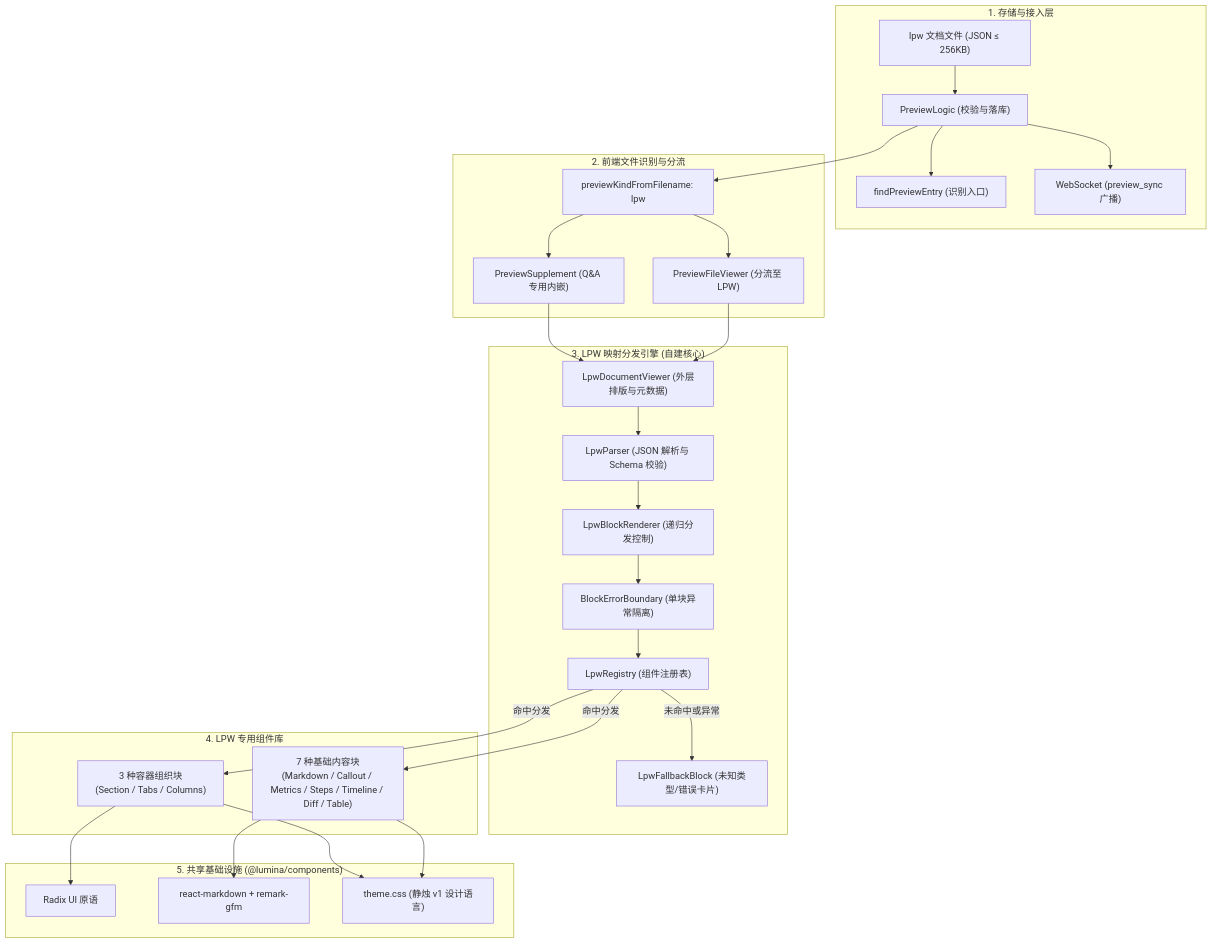
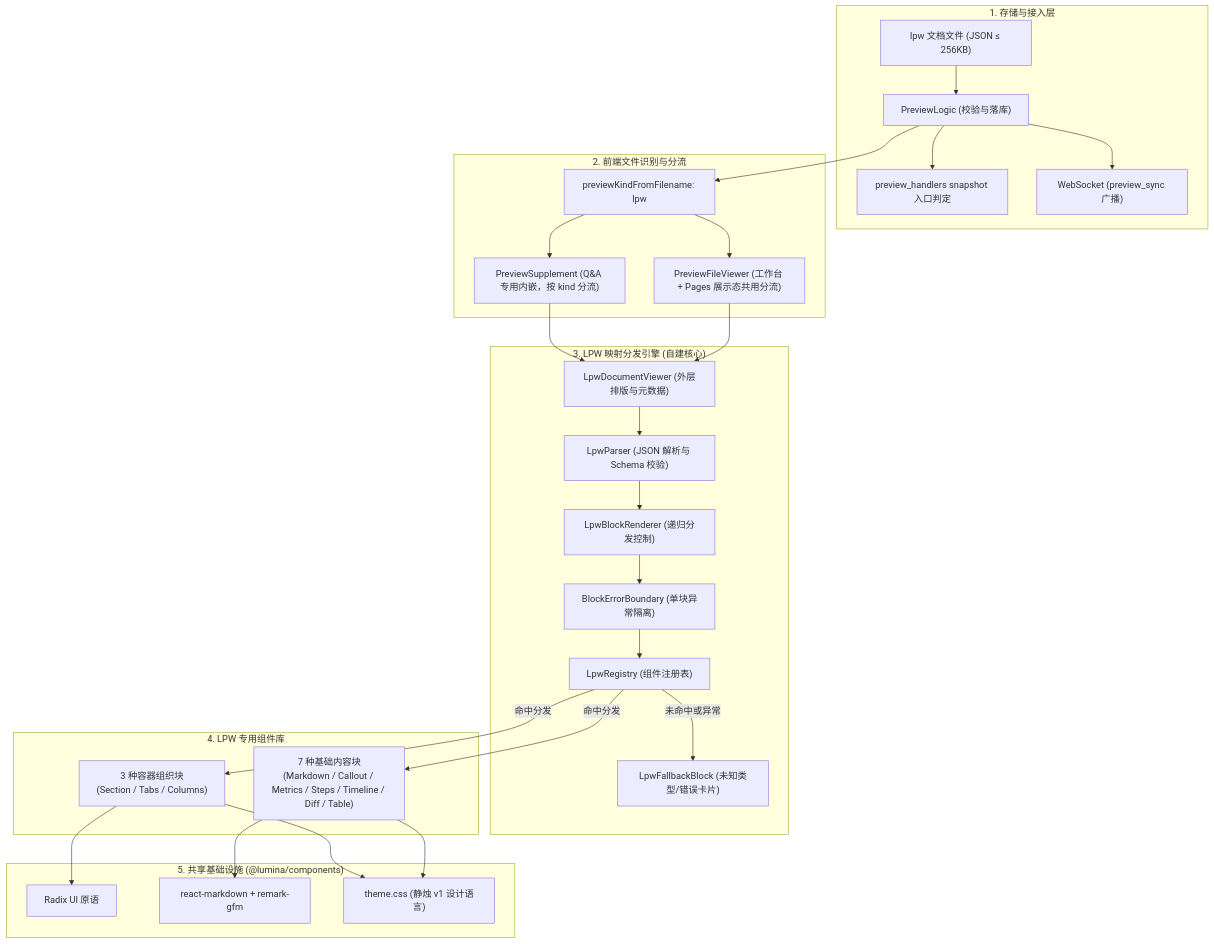
Before and after one commit to xiaolfeng/Lumina: the first of 3 diagrams in docs/engineering/design/0003-preview-lpw-document-renderer.md, drawn with Mermaid. The commit also changed other lines of this file and 3 other files, not shown here.

First line of the commit message:
docs(预览): LPW 对齐 React 直渲优先与 Pages 架构

````diff
--- a/docs/engineering/design/0003-preview-lpw-document-renderer.md
+++ b/docs/engineering/design/0003-preview-lpw-document-renderer.md
@@ -63,56 +66,56 @@
 ```mermaid
 flowchart TB
   subgraph S1 ["1. 存储与接入层"]
     LPWFile["lpw 文档文件 (JSON ≤ 256KB)"]
     Logic["PreviewLogic (校验与落库)"]
-    MCP["findPreviewEntry (识别入口)"]
+    MCP["preview_handlers snapshot 入口判定"]
     WS["WebSocket (preview_sync 广播)"]
     LPWFile --> Logic
     Logic --> MCP
     Logic --> WS
   end
 
   subgraph S2 ["2. 前端文件识别与分流"]
     Kind["previewKindFromFilename: lpw"]
-    Viewer["PreviewFileViewer (分流至 LPW)"]
-    QAPrev["PreviewSupplement (Q&A 专用内嵌)"]
+    Viewer["PreviewFileViewer (工作台 + Pages 展示态共用分流)"]
+    QAPrev["PreviewSupplement (Q&A 专用内嵌，按 kind 分流)"]
     Kind --> Viewer
     Kind --> QAPrev
   end
 
   subgraph S3 ["3. LPW 映射分发引擎 (自建核心)"]
     DocShell["LpwDocumentViewer (外层排版与元数据)"]
     Parser["LpwParser (JSON 解析与 Schema 校验)"]
     Dispatcher["LpwBlockRenderer (递归分发控制)"]
     Boundary["BlockErrorBoundary (单块异常隔离)"]
     Registry["LpwRegistry (组件注册表)"]
     Fallback["LpwFallbackBlock (未知类型/错误卡片)"]
 
     DocShell --> Parser
     Parser --> Dispatcher
     Dispatcher --> Boundary
     Boundary --> Registry
     Registry -->|未命中或异常| Fallback
   end
 
   subgraph S4 ["4. LPW 专用组件库"]
     Content["7 种基础内容块<br>(Markdown / Callout / Metrics / Steps / Timeline / Diff / Table)"]
     Container["3 种容器组织块<br>(Section / Tabs / Columns)"]
   end
 
   subgraph S5 ["5. 共享基础设施 (@lumina/components)"]
     UI["Radix UI 原语"]
     MDEngine["react-markdown + remark-gfm"]
     ThemeTokens["theme.css (静烛 v1 设计语言)"]
   end
 
   Logic --> Kind
   Viewer --> DocShell
   QAPrev --> DocShell
   Registry -->|命中分发| Content
   Registry -->|命中分发| Container
   Content --> MDEngine
   Content --> ThemeTokens
   Container --> UI
   Container --> ThemeTokens
 ```
````
